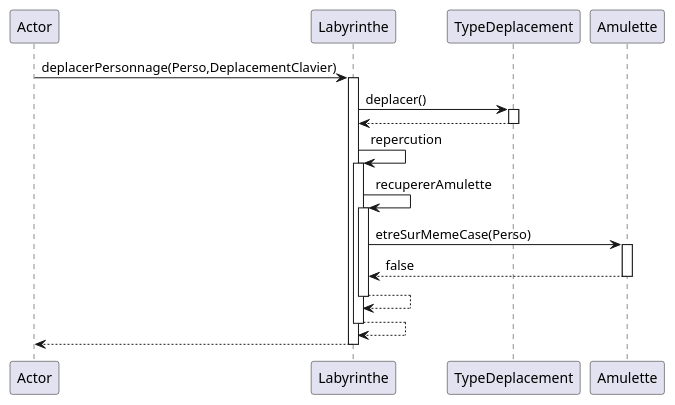
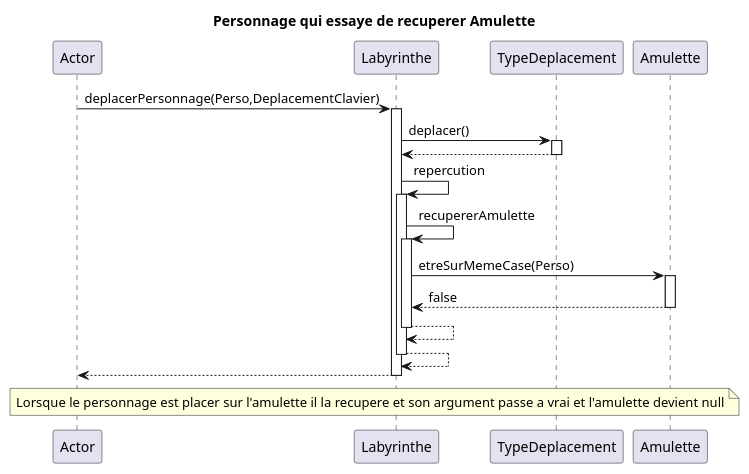
One commit to LukaSalvo/SAE2024 changed the diagram in zeldiablo/documents/version_5/diagseq_recupererAmuletteFalse.puml. Above: the diagram before and after it, drawn with PlantUML. The commit also changed 5 other files, not shown here.

```diff
--- a/zeldiablo/documents/version_5/diagseq_recupererAmuletteFalse.puml
+++ b/zeldiablo/documents/version_5/diagseq_recupererAmuletteFalse.puml
@@ -1,23 +1,27 @@
 @startuml
 participant Actor
+title : Personnage qui essaye de recuperer Amulette
 Actor -> Labyrinthe : deplacerPersonnage(Perso,DeplacementClavier)
 activate Labyrinthe
 Labyrinthe -> TypeDeplacement : deplacer()
 activate TypeDeplacement
 TypeDeplacement --> Labyrinthe
 deactivate TypeDeplacement
 Labyrinthe -> Labyrinthe : repercution
 activate Labyrinthe
 Labyrinthe -> Labyrinthe : recupererAmulette
 activate Labyrinthe
 
 Labyrinthe -> Amulette : etreSurMemeCase(Perso)
 activate Amulette
 Amulette --> Labyrinthe : false
 deactivate Amulette
 Labyrinthe --> Labyrinthe
 deactivate Labyrinthe
 Labyrinthe --> Labyrinthe
 deactivate Labyrinthe
 return
+note across
+Lorsque le personnage est placer sur l'amulette il la recupere et son argument passe a vrai et l'amulette devient null
+end note
 @enduml
```
